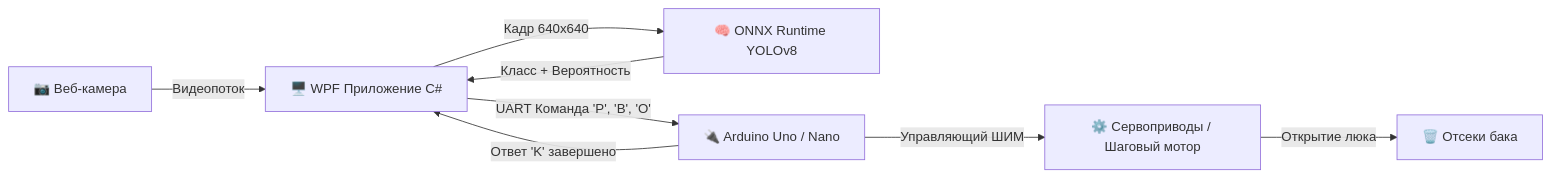
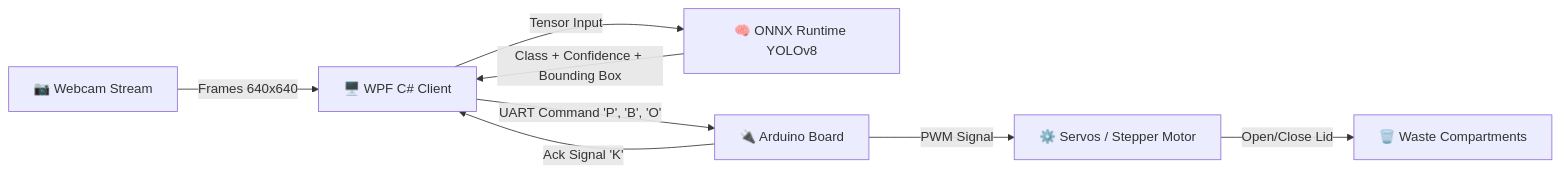
The diagram in README.md (morb1X/schoolproj_smartaibin), drawn with Mermaid before and after one commit. The commit also changed other lines of this file and 22 other files, not shown here.

````diff
--- a/README.md
+++ b/README.md
@@ -51,10 +69,10 @@
 ```mermaid
 flowchart LR
-    A[📷 Веб-камера] -->|Видеопоток| B[🖥️ WPF Приложение C#]
-    B -->|Кадр 640x640| C[🧠 ONNX Runtime YOLOv8]
-    C -->|Класс + Вероятность| B
-    B -->|UART Команда 'P', 'B', 'O'| D[🔌 Arduino Uno / Nano]
-    D -->|Управляющий ШИМ| E[⚙️ Сервоприводы / Шаговый мотор]
-    E -->|Открытие люка| F[🗑️ Отсеки бака]
-    D -->|Ответ 'K' завершено| B
+    A[📷 Webcam Stream] -->|Frames 640x640| B[🖥️ WPF C# Client]
+    B -->|Tensor Input| C[🧠 ONNX Runtime YOLOv8]
+    C -->|Class + Confidence + Bounding Box| B
+    B -->|UART Command 'P', 'B', 'O'| D[🔌 Arduino Board]
+    D -->|PWM Signal| E[⚙️ Servos / Stepper Motor]
+    E -->|Open/Close Lid| F[🗑️ Waste Compartments]
+    D -->|Ack Signal 'K'| B
 ```
````
